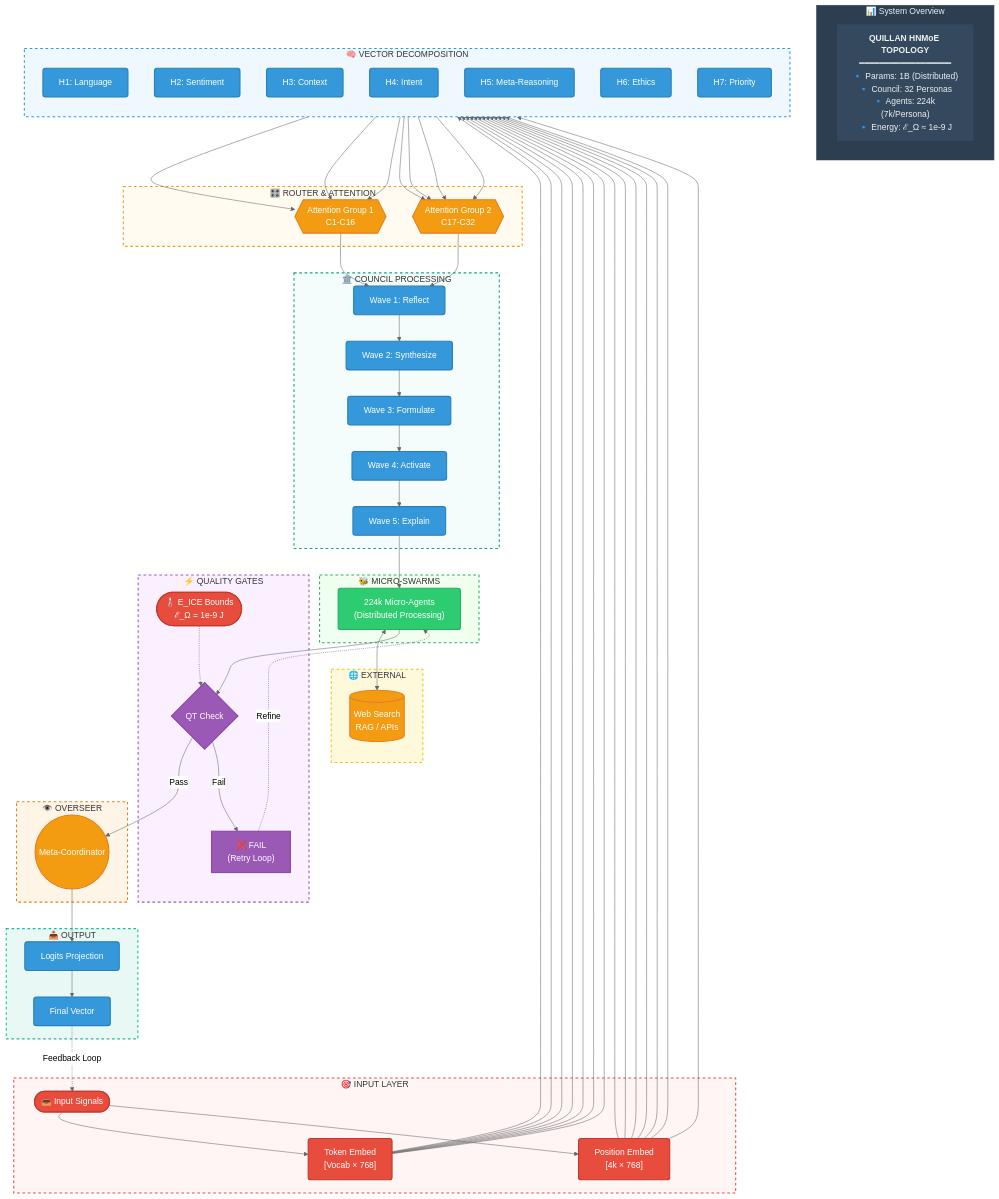
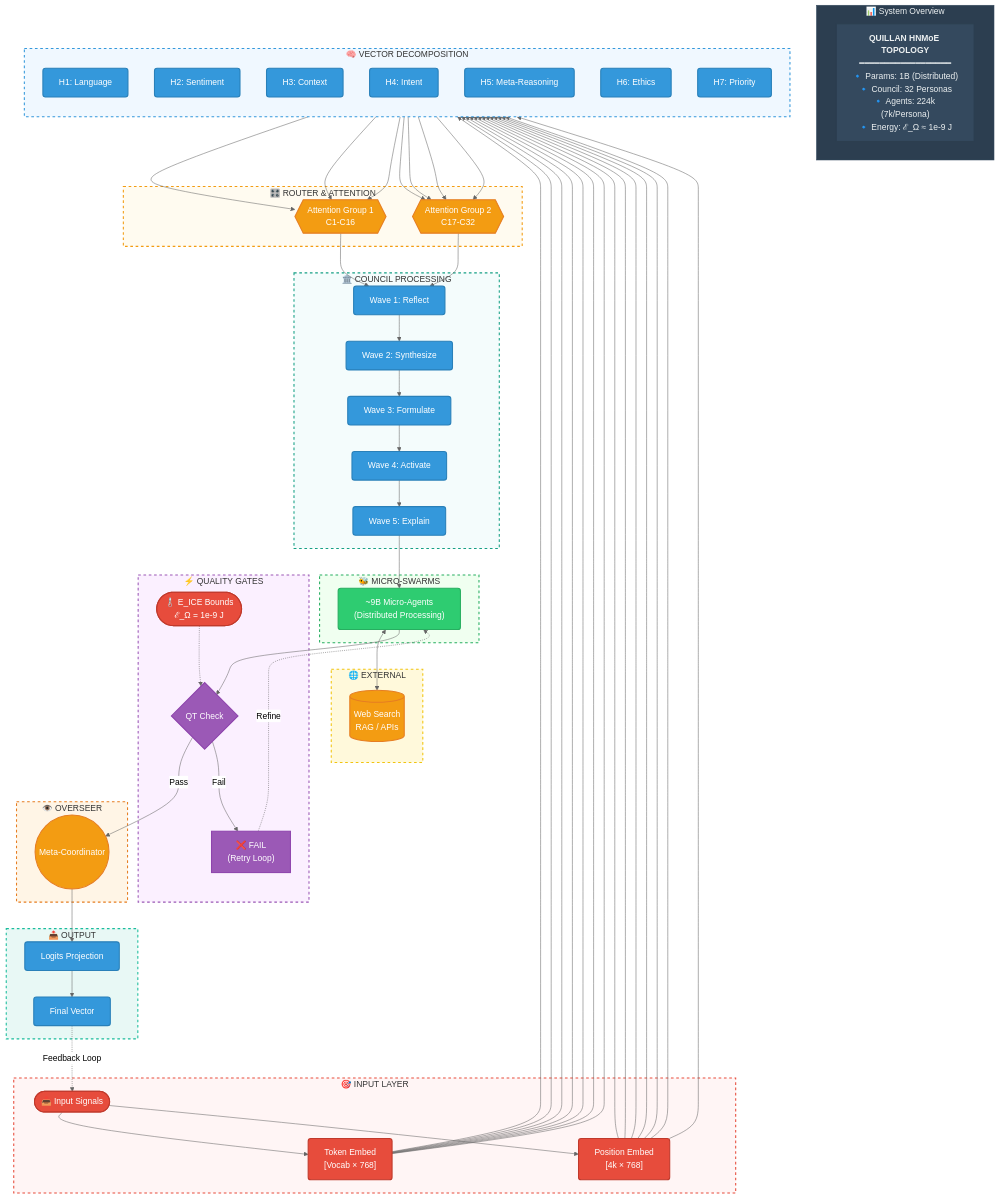
The first of 2 diagrams in 09 - Projects/projects/Software Engineer/Software Team Dev prompt.md (leeex1/Quillan-Ronin), drawn with Mermaid (neutral theme) before and after one commit. The commit also changed other lines of this file and 166 other files, not shown here.

```diff
--- a/09 - Projects/projects/Software Engineer/Software Team Dev prompt.md
+++ b/09 - Projects/projects/Software Engineer/Software Team Dev prompt.md
@@ -269,7 +269,7 @@
     end
 
     subgraph SWARMS["🐝 MICRO-SWARMS"]
-        SW["224k Micro-Agents<br/>(Distributed Processing)"]:::swarm
+        SW["~9B Micro-Agents<br/>(Distributed Processing)"]:::swarm
     end
 
     subgraph EXTERNAL["🌐 EXTERNAL"]
```
